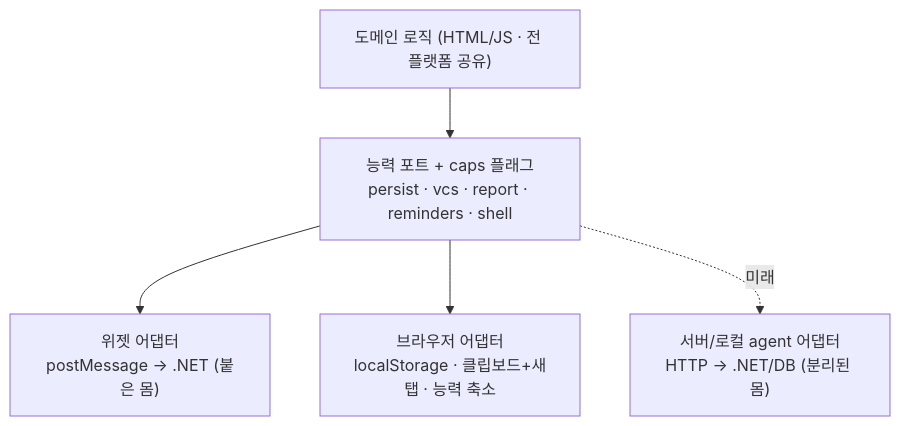
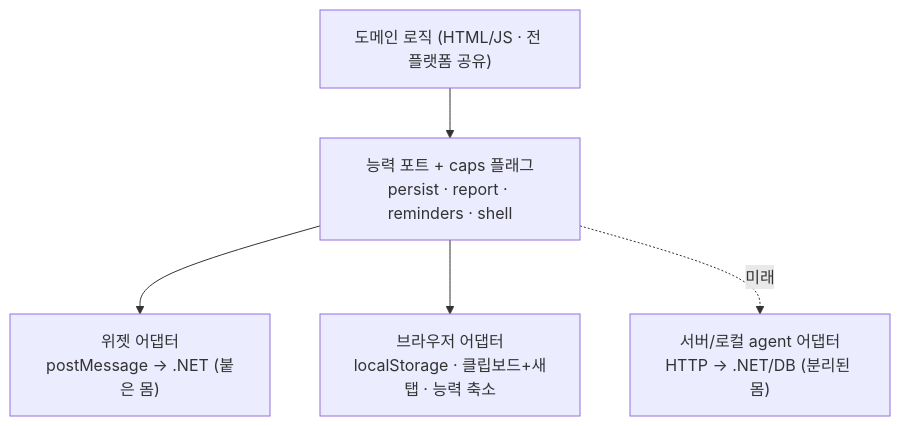
Before and after one commit to Peace-Min/task-calendar: the second of 2 diagrams in docs/ARCHITECTURE.md, drawn with Mermaid. The commit also changed other lines of this file and 28 other files, not shown here.

````diff
--- a/docs/ARCHITECTURE.md
+++ b/docs/ARCHITECTURE.md
@@ -155,9 +153,9 @@
 ```mermaid
 flowchart TB
   dom["도메인 로직 (HTML/JS · 전 플랫폼 공유)"]
-  port["능력 포트 + caps 플래그<br/>persist · vcs · report · reminders · shell"]
+  port["능력 포트 + caps 플래그<br/>persist · report · reminders · shell"]
   dom --> port
   port --> wadapter["위젯 어댑터<br/>postMessage → .NET (붙은 몸)"]
   port --> badapter["브라우저 어댑터<br/>localStorage · 클립보드+새탭 · 능력 축소"]
   port -. 미래 .-> sadapter["서버/로컬 agent 어댑터<br/>HTTP → .NET/DB (분리된 몸)"]
 ```
````
